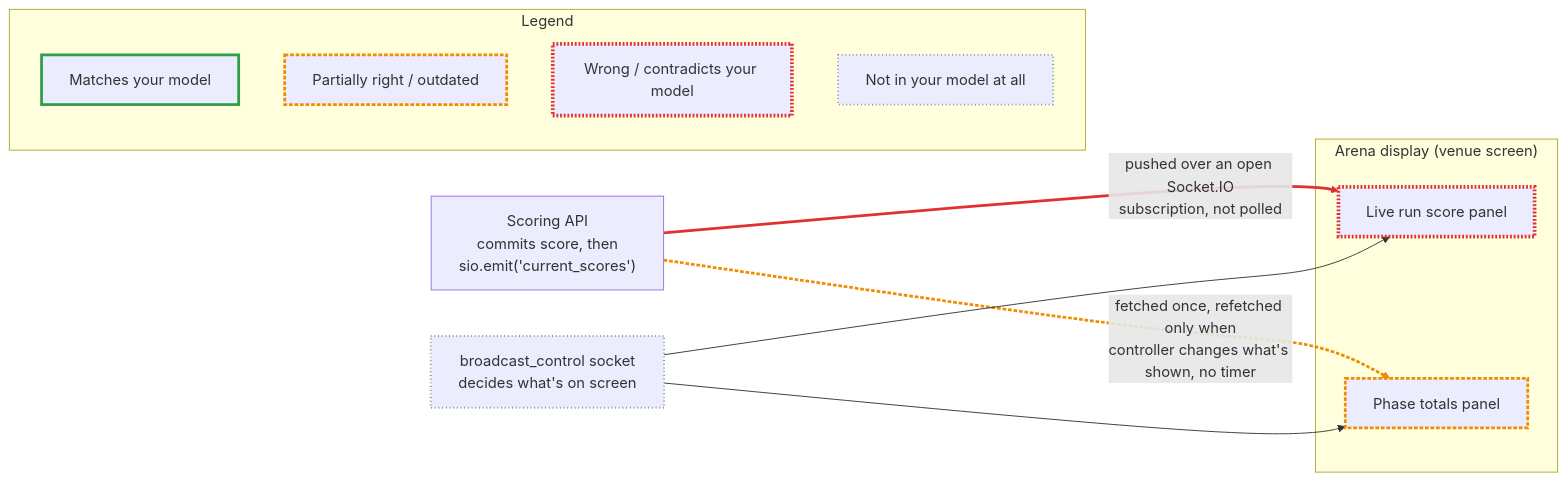
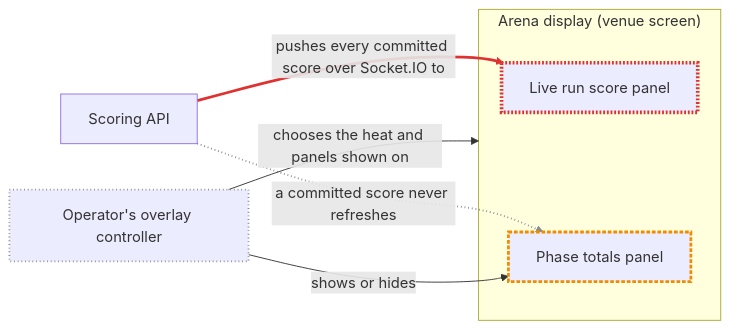
One commit to AntonyM71/Lumberjack changed the second of 3 diagrams in README.md. Above: the diagram before and after it, drawn with Mermaid. The commit also changed other lines of this file and 5 other files, not shown here.

````diff
--- a/README.md
+++ b/README.md
@@ -50,30 +51,23 @@
 ```mermaid
 flowchart LR
     classDef ciGreen stroke:#2f9e44,stroke-width:3px;
     classDef ciAmber stroke:#f08c00,stroke-width:3px,stroke-dasharray: 4 2;
     classDef ciRed   stroke:#e03131,stroke-width:4px,stroke-dasharray: 2 2;
     classDef ciGrey  stroke:#868e96,stroke-width:2px,stroke-dasharray: 1 3;
 
-    api["Scoring API\ncommits score, then\nsio.emit('current_scores')"]
-    control["broadcast_control socket\ndecides what's on screen"]:::ciGrey
+    api["Scoring API"]
+    operator["Operator's overlay controller"]:::ciGrey
 
     subgraph venue["Arena display (venue screen)"]
         liveScore["Live run score panel"]:::ciRed
-        totalsTable["Phase totals panel"]:::ciAmber
+        totals["Phase totals panel"]:::ciAmber
     end
 
-    api -->|"pushed over an open Socket.IO\nsubscription, not polled"| liveScore
-    api -->|"fetched once, refetched only when\ncontroller changes what's shown, no timer"| totalsTable
-    control --> liveScore
-    control --> totalsTable
+    api -->|"pushes every committed score over Socket.IO to"| liveScore
+    api -. "a committed score never refreshes" .-> totals
+    operator -->|"chooses the heat and panels shown on"| venue
+    operator -->|"shows or hides"| totals
 
     linkStyle 0 stroke:#e03131,stroke-width:3px
-    linkStyle 1 stroke:#f08c00,stroke-width:3px,stroke-dasharray: 4 2
-
-    subgraph Legend["Legend"]
-        L1[Matches your model]:::ciGreen
-        L2[Partially right / outdated]:::ciAmber
-        L3[Wrong / contradicts your model]:::ciRed
-        L4[Not in your model at all]:::ciGrey
-    end
+    linkStyle 1 stroke:#868e96,stroke-width:2px,stroke-dasharray: 1 3
 ```
````
